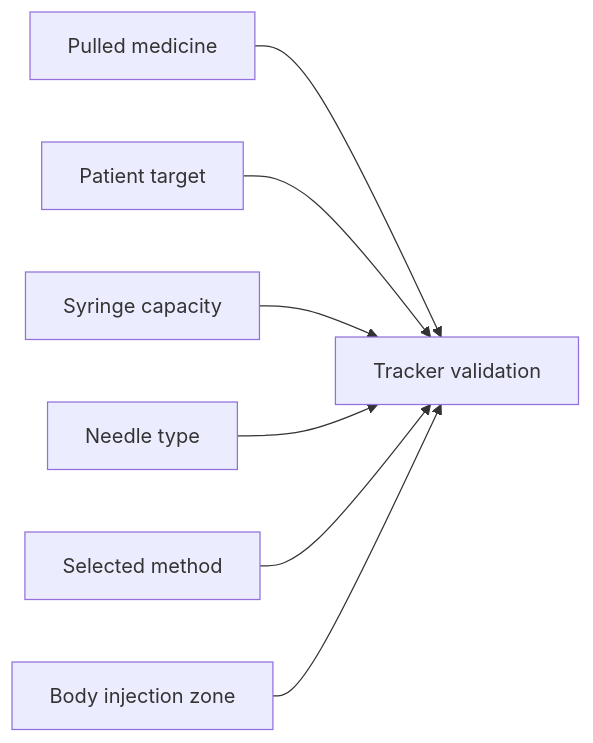
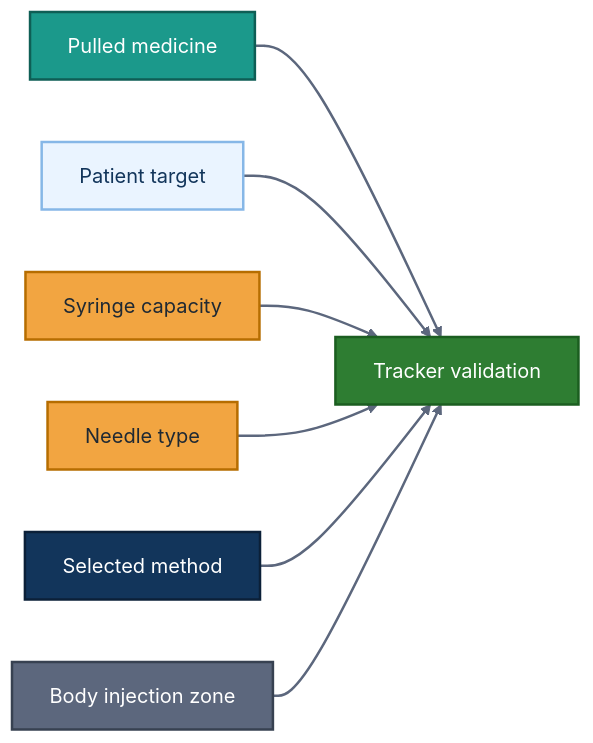
Before and after one commit to djdcybersecurity/vr-healthcare-simulator: the eighth of 10 diagrams in README.md, drawn with Mermaid. The commit also changed other lines of this file, not shown here.

Commit message:
Improve README Mermaid diagrams

````diff
--- a/README.md
+++ b/README.md
@@ -418,17 +508,33 @@
 ```mermaid
+%%{init: {'theme': 'base', 'themeVariables': { 'primaryColor': '#EAF4FF', 'primaryTextColor': '#1F2933', 'primaryBorderColor': '#1B998B', 'lineColor': '#5C677D', 'secondaryColor': '#F7FBFF', 'tertiaryColor': '#FFFFFF', 'fontFamily': 'Arial'}}}%%
 flowchart LR
     medicine["Pulled medicine"]
     patient["Patient target"]
     syringe["Syringe capacity"]
     needle["Needle type"]
     method["Selected method"]
     body["Body injection zone"]
     tracker["Tracker validation"]
 
     medicine --> tracker
     patient --> tracker
     syringe --> tracker
     needle --> tracker
     method --> tracker
     body --> tracker
+
+    class medicine medClass;
+    class patient patientClass;
+    class syringe,needle toolClass;
+    class method actionClass;
+    class body zoneClass;
+    class tracker successClass;
+
+    classDef medClass fill:#1B998B,color:#FFFFFF,stroke:#0E5E55,stroke-width:2px;
+    classDef patientClass fill:#EAF4FF,color:#12355B,stroke:#86B7E7,stroke-width:2px;
+    classDef toolClass fill:#F2A541,color:#1F2933,stroke:#B66D00,stroke-width:2px;
+    classDef actionClass fill:#12355B,color:#FFFFFF,stroke:#0B2038,stroke-width:2px;
+    classDef zoneClass fill:#5C677D,color:#FFFFFF,stroke:#374151,stroke-width:2px;
+    classDef successClass fill:#2E7D32,color:#FFFFFF,stroke:#1B5E20,stroke-width:2px;
+    linkStyle default stroke:#5C677D,stroke-width:2px;
 ```
````
